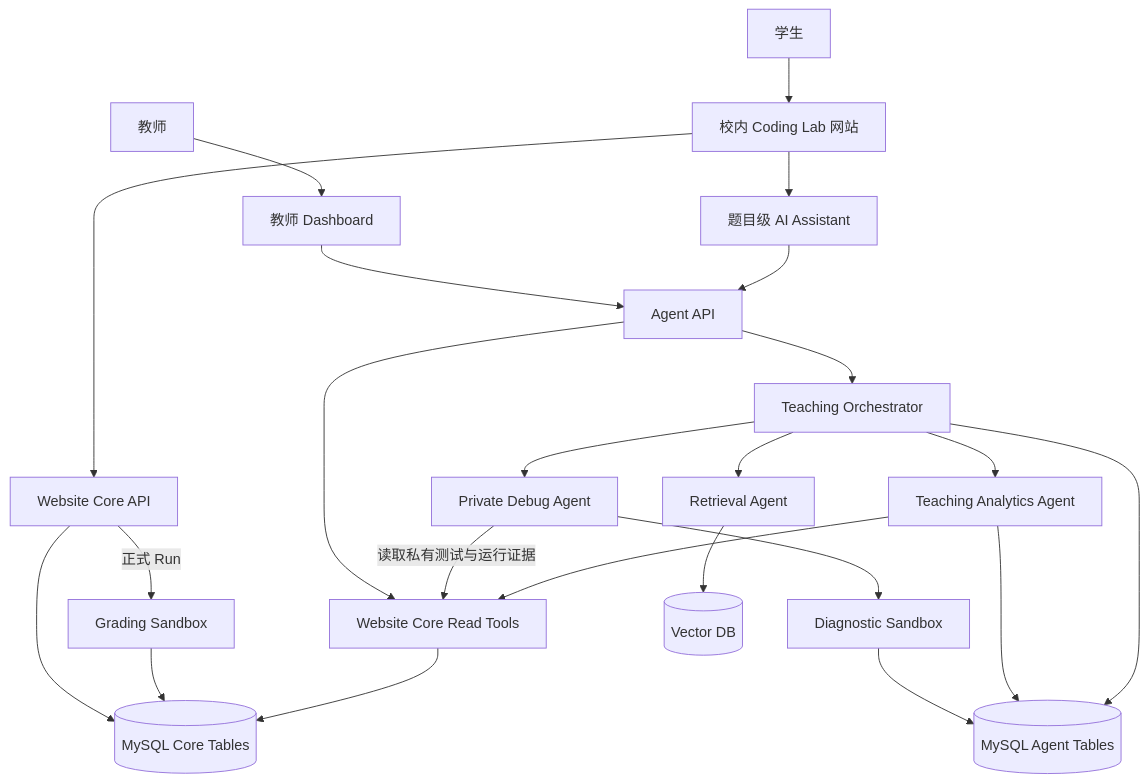
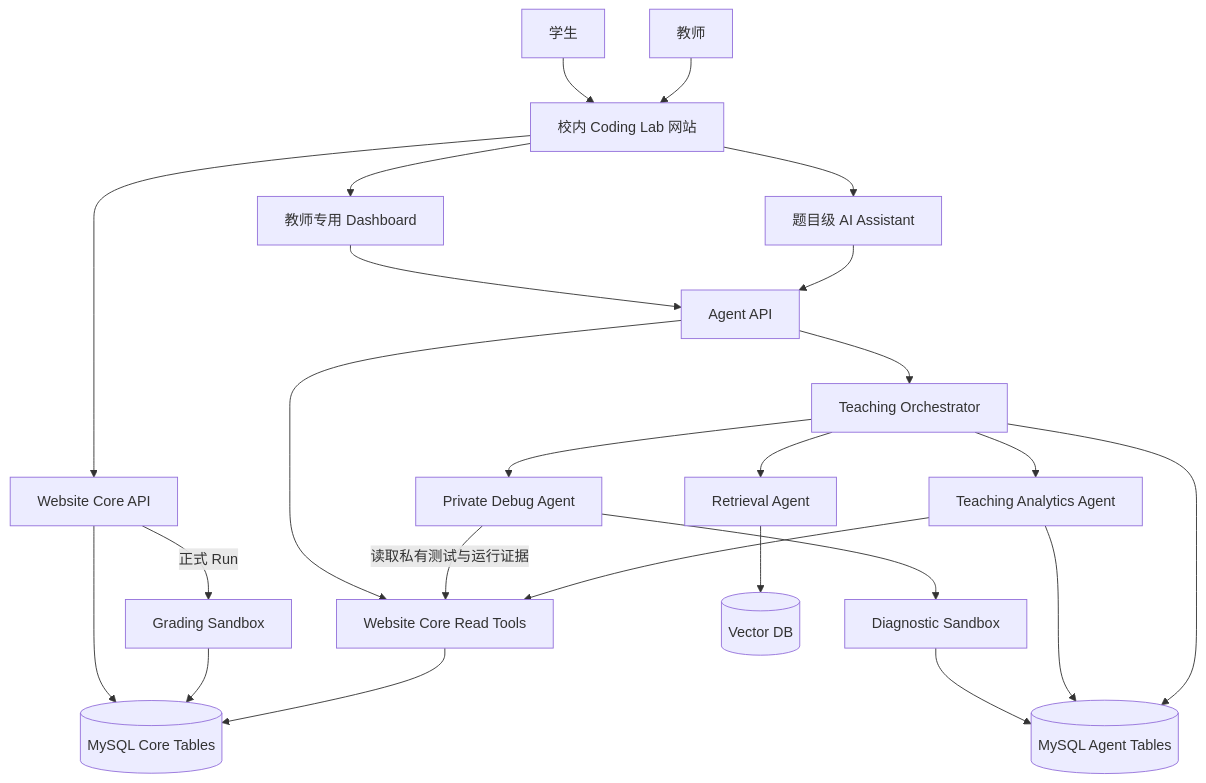
One commit to roey-cheng/AI-teaching-agent changed the first of 9 diagrams in docs/superpowers/specs/2026-09-13-ai-coding-assistant-architecture-design-zh.md. Above: the diagram before and after it, drawn with Mermaid. The commit also changed other lines of this file, not shown here.

Commit message:
docs: clarify teacher dashboard as website view

````diff
--- a/docs/superpowers/specs/2026-09-13-ai-coding-assistant-architecture-design-zh.md
+++ b/docs/superpowers/specs/2026-09-13-ai-coding-assistant-architecture-design-zh.md
@@ -40,34 +40,35 @@
 ```mermaid
 flowchart TD
     Student[学生]
     Teacher[教师]
 
     Student --> Website[校内 Coding Lab 网站]
-    Teacher --> Dashboard[教师 Dashboard]
+    Teacher --> Website
 
     Website --> Core[Website Core API]
     Website --> Assistant[题目级 AI Assistant]
+    Website --> Dashboard[教师专用 Dashboard]
     Dashboard --> AgentAPI[Agent API]
     Assistant --> AgentAPI
 
     Core -->|正式 Run| GradingSandbox[Grading Sandbox]
     Core --> CoreTables[(MySQL Core Tables)]
     GradingSandbox --> CoreTables
 
     AgentAPI --> Orchestrator[Teaching Orchestrator]
     AgentAPI --> ReadTools[Website Core Read Tools]
     ReadTools --> CoreTables
 
     Orchestrator --> Debug[Private Debug Agent]
     Orchestrator --> Retrieval[Retrieval Agent]
     Orchestrator --> Analytics[Teaching Analytics Agent]
 
     Debug -->|读取私有测试与运行证据| ReadTools
     Debug --> DiagnosticSandbox[Diagnostic Sandbox]
     DiagnosticSandbox --> AgentTables[(MySQL Agent Tables)]
 
     Retrieval --> VectorDB[(Vector DB)]
     Analytics --> ReadTools
     Analytics --> AgentTables
     Orchestrator --> AgentTables
 ```
````
